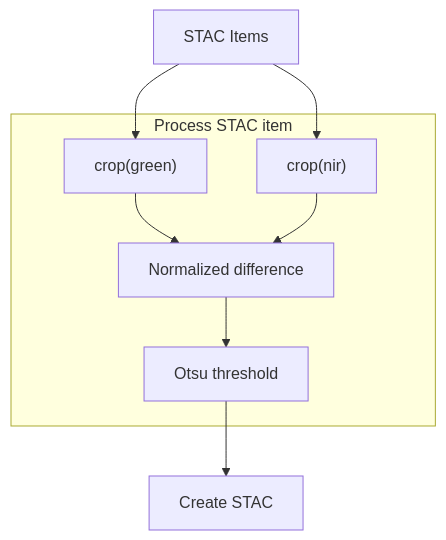
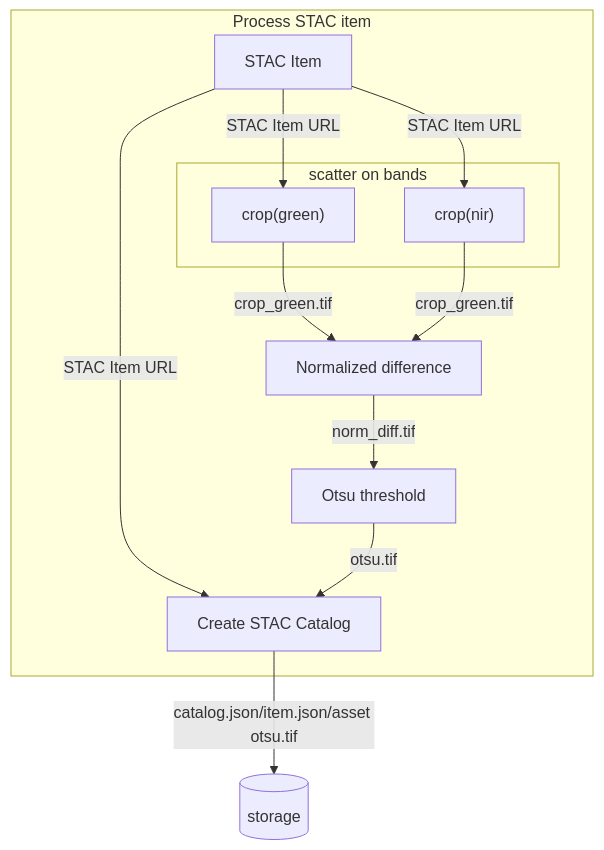
The first of 2 diagrams in docs/app/app.md (Terradue/app-package-training-bids23), drawn with Mermaid before and after one commit. The commit also changed other lines of this file, not shown here.

````diff
--- a/docs/app/app.md
+++ b/docs/app/app.md
@@ -32,11 +36,17 @@
 ``` mermaid
 graph TB
-  A[STAC Items] --> B
-  A[STAC Items] --> C
 subgraph Process STAC item
-  B["crop(green)"] --> D[Normalized difference];
-  C["crop(nir)"] --> D[Normalized difference];
-  D --> E[Otsu threshold]
+  A[STAC Item] -- STAC Item URL --> B
+  A[STAC Item] -- STAC Item URL --> C
+  A[STAC Item] -- STAC Item URL --> F
+subgraph scatter on bands
+  B["crop(green)"];
+  C["crop(nir)"];
 end
-  E --> F[Create STAC]
+  B["crop(green)"] -- crop_green.tif --> D[Normalized difference];
+  C["crop(nir)"] -- crop_green.tif --> D[Normalized difference];
+  D -- norm_diff.tif --> E[Otsu threshold]
+end
+  E -- otsu.tif --> F[Create STAC Catalog]
+  F -- "catalog.json/item.json/asset otsu.tif" --> G[(storage)]
 ```
````
